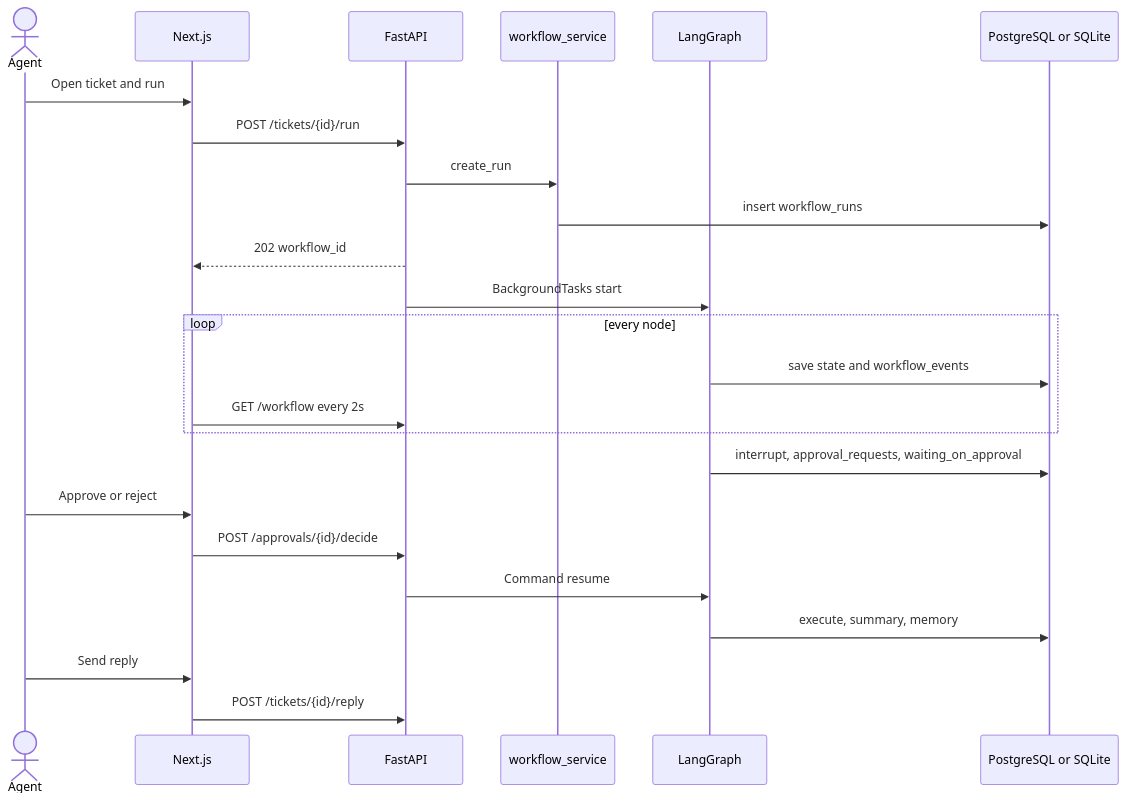
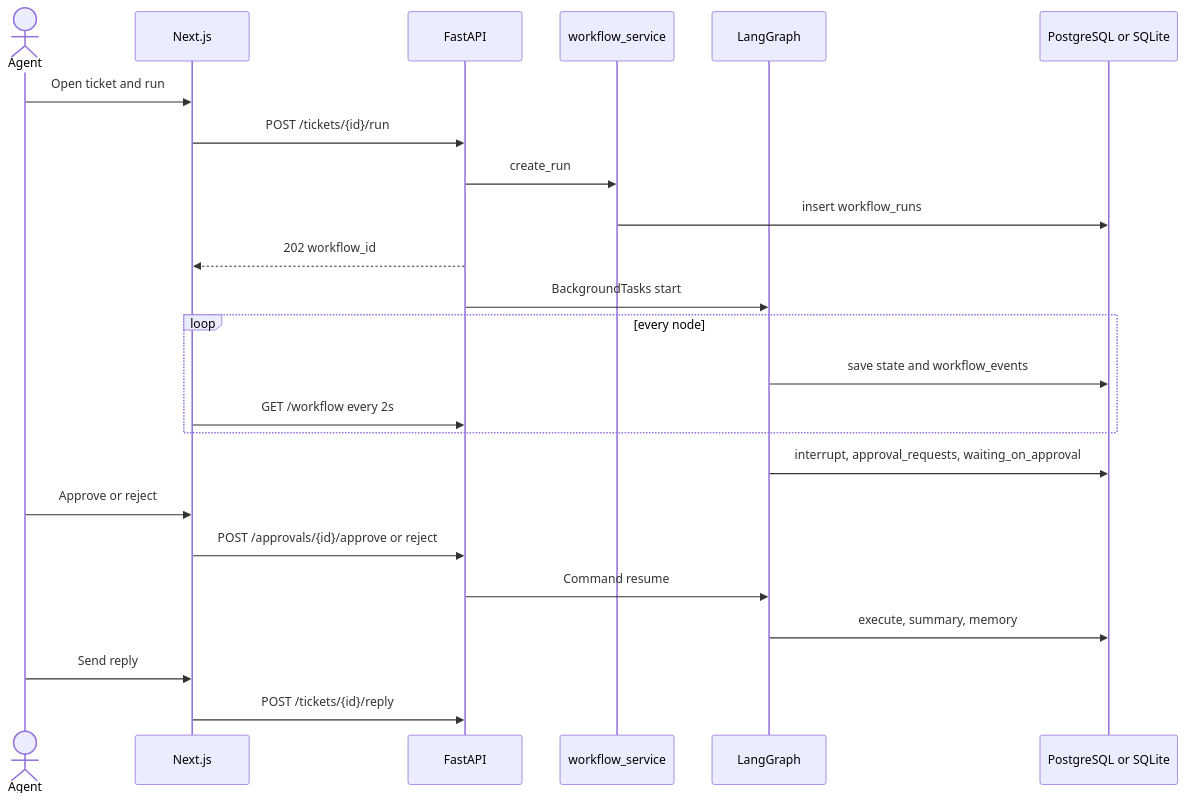
One commit to emkays-codelabs/clouddesk changed the third of 6 diagrams in docs/ARCHITECTURE.md. Above: the diagram before and after it, drawn with Mermaid. The commit also changed other lines of this file and 8 other files, not shown here.

````diff
--- a/docs/ARCHITECTURE.md
+++ b/docs/ARCHITECTURE.md
@@ -449,27 +449,27 @@
 ```mermaid
 sequenceDiagram
   actor Agent
   participant UI as Next.js
   participant API as FastAPI
   participant Svc as workflow_service
   participant Graph as LangGraph
   participant DB as PostgreSQL or SQLite
 
   Agent->>UI: Open ticket and run
   UI->>API: POST /tickets/{id}/run
   API->>Svc: create_run
   Svc->>DB: insert workflow_runs
   API-->>UI: 202 workflow_id
   API->>Graph: BackgroundTasks start
   loop every node
     Graph->>DB: save state and workflow_events
     UI->>API: GET /workflow every 2s
   end
   Graph->>DB: interrupt, approval_requests, waiting_on_approval
   Agent->>UI: Approve or reject
-  UI->>API: POST /approvals/{id}/decide
+  UI->>API: POST /approvals/{id}/approve or reject
   API->>Graph: Command resume
   Graph->>DB: execute, summary, memory
   Agent->>UI: Send reply
   UI->>API: POST /tickets/{id}/reply
 ```
````
